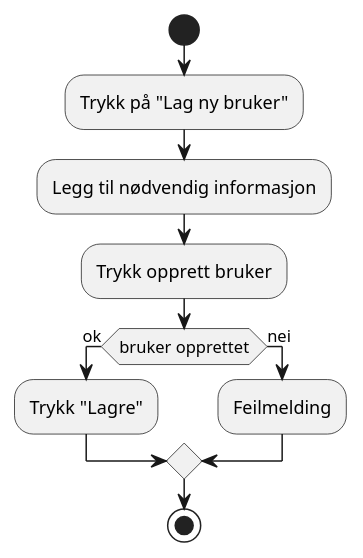
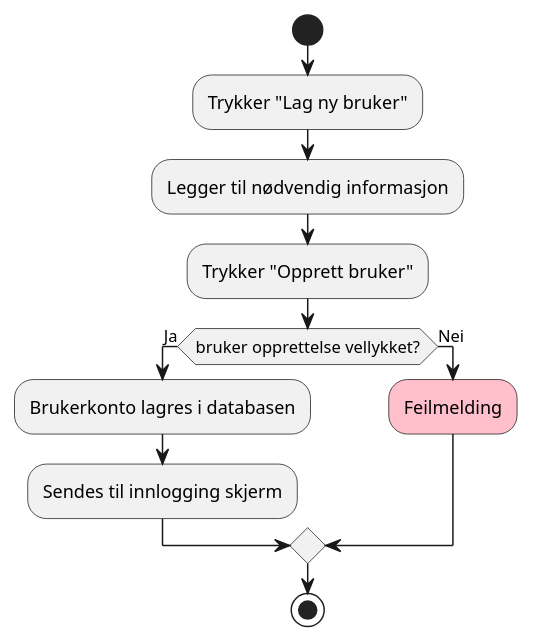
Before and after one commit to WaalerThomas/ITF20319_Gruppe13: the diagram in models/ActivityDiagram/CreateNewAccount.puml, drawn with PlantUML. The commit also changed 9 other files, not shown here.

Commit message:
Did some changes to the activitydiagrams

```diff
--- a/models/ActivityDiagram/CreateNewAccount.puml
+++ b/models/ActivityDiagram/CreateNewAccount.puml
@@ -1,16 +1,16 @@
 @startuml
 'https://plantuml.com/activity-diagram-beta
 
 start
-:Trykk på "Lag ny bruker";
-:Legg til nødvendig informasjon;
-:Trykk opprett bruker;
-if (bruker opprettet) then (ok)
-  :Trykk "Lagre";
-else (nei)
- :Feilmelding;
-  endif
+:Trykker "Lag ny bruker";
+:Legger til nødvendig informasjon;
+:Trykker "Opprett bruker";
+if (bruker opprettelse vellykket?) then (Ja)
+    :Brukerkonto lagres i databasen;
+    :Sendes til innlogging skjerm;
+else (Nei)
+    #pink:Feilmelding;
+endif
 
 stop
-
 @enduml
```
